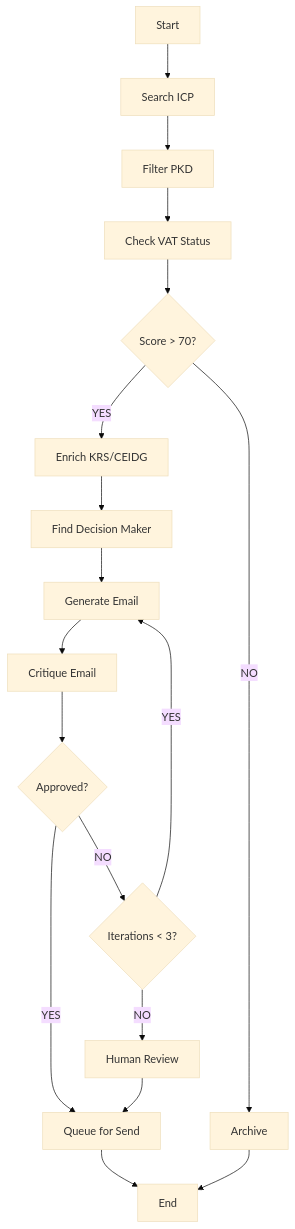
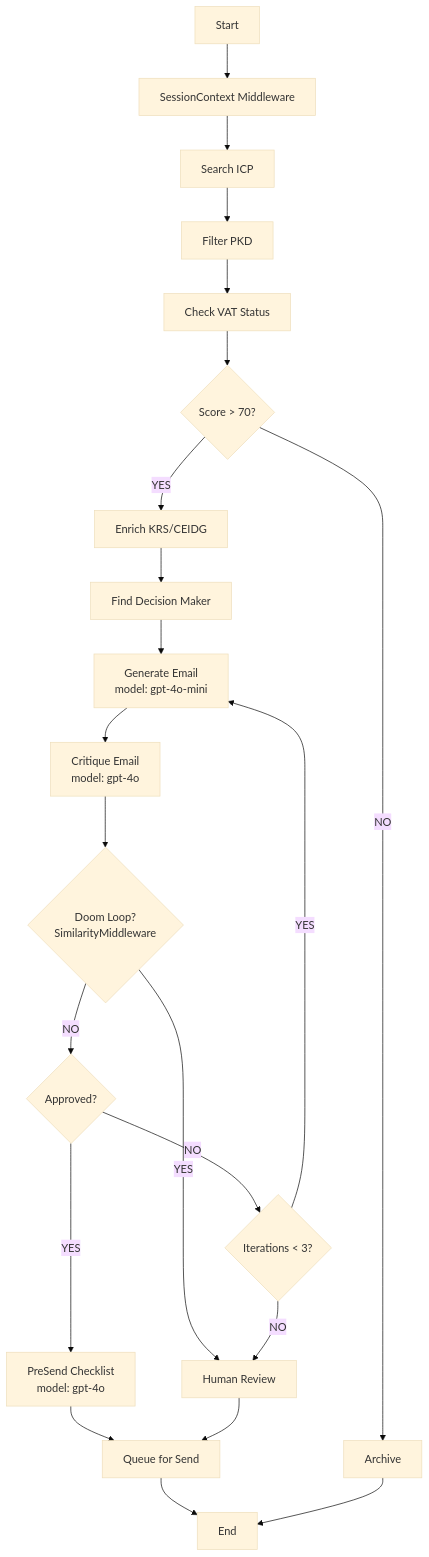
Before and after one commit to glovvva/GapRoll: the first of 3 diagrams in paycompass-v2/docs/06_AGENT_BLUEPRINTS.md, drawn with Mermaid (base theme). The commit also changed other lines of this file and 114 other files, not shown here.

````diff
--- a/paycompass-v2/docs/06_AGENT_BLUEPRINTS.md
+++ b/paycompass-v2/docs/06_AGENT_BLUEPRINTS.md
@@ -28,20 +289,24 @@
 ```mermaid
 graph TD
-    START[Start] --> SEARCH[Search ICP]
+    START[Start] --> CONTEXT[SessionContext Middleware]
+    CONTEXT --> SEARCH[Search ICP]
     SEARCH --> FILTER[Filter PKD]
     FILTER --> VAT[Check VAT Status]
     VAT --> SCORE{Score > 70?}
     SCORE -->|YES| ENRICH[Enrich KRS/CEIDG]
     SCORE -->|NO| ARCHIVE[Archive]
     ENRICH --> DM[Find Decision Maker]
-    DM --> DRAFT[Generate Email]
-    DRAFT --> CRITIC[Critique Email]
-    CRITIC --> APPROVE{Approved?}
-    APPROVE -->|YES| QUEUE[Queue for Send]
+    DM --> DRAFT[Generate Email<br/>model: gpt-4o-mini]
+    DRAFT --> CRITIC[Critique Email<br/>model: gpt-4o]
+    CRITIC --> LOOPCHECK{Doom Loop?<br/>SimilarityMiddleware}
+    LOOPCHECK -->|YES| HITL[Human Review]
+    LOOPCHECK -->|NO| APPROVE{Approved?}
+    APPROVE -->|YES| CHECKLIST[PreSend Checklist<br/>model: gpt-4o]
     APPROVE -->|NO| REDRAFT{Iterations < 3?}
     REDRAFT -->|YES| DRAFT
-    REDRAFT -->|NO| HITL[Human Review]
+    REDRAFT -->|NO| HITL
+    CHECKLIST --> QUEUE[Queue for Send]
     HITL --> QUEUE
     QUEUE --> END[End]
     ARCHIVE --> END
 ```
````
